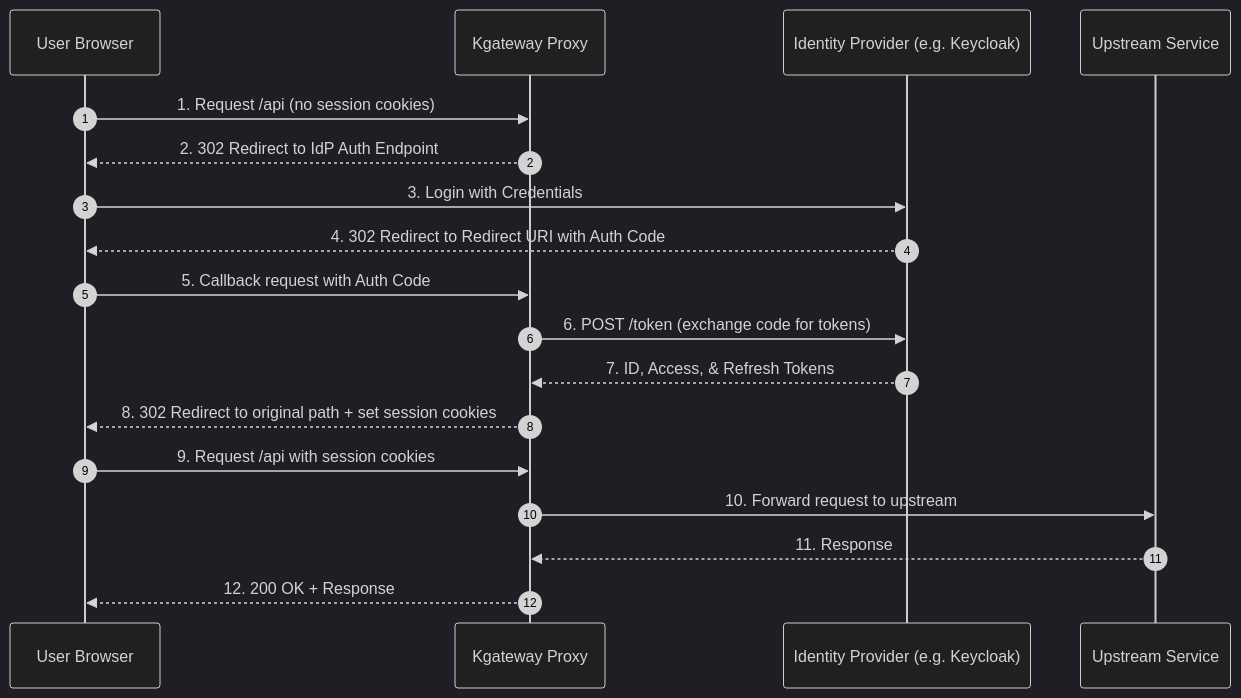
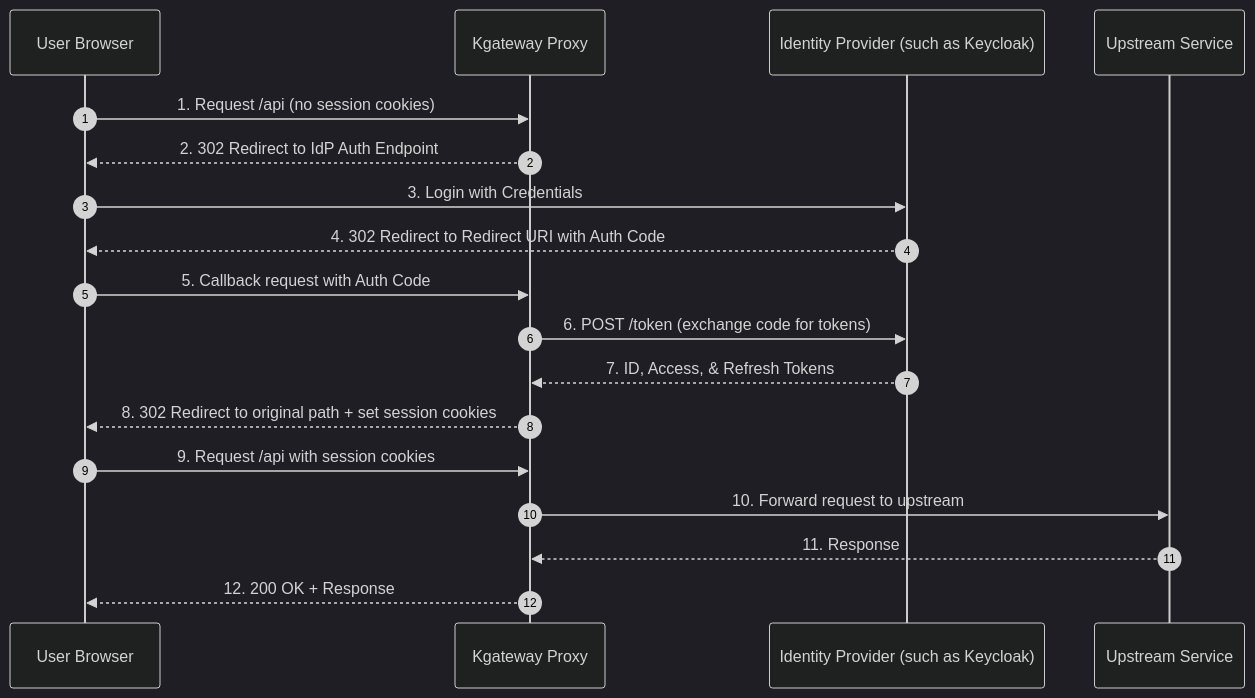
The diagram in assets/docs/pages/security/oauth2-auth.md (kgateway-dev/kgateway.dev), drawn with Mermaid (dark theme) before and after one commit. The commit also changed other lines of this file, not shown here.

Commit message:
docs: address review feedback on OAuth2/OIDC guide

````diff
--- a/assets/docs/pages/security/oauth2-auth.md
+++ b/assets/docs/pages/security/oauth2-auth.md
@@ -14,21 +14,21 @@
 ```mermaid
 sequenceDiagram
     autonumber
     participant Client as User Browser
-    participant AGW as Kgateway Proxy
-    participant IdP as Identity Provider (e.g. Keycloak)
+    participant Gateway as Kgateway Proxy
+    participant IdP as Identity Provider (such as Keycloak)
     participant Backend as Upstream Service
 
-    Client->>AGW: 1. Request /api (no session cookies)
-    AGW-->>Client: 2. 302 Redirect to IdP Auth Endpoint
+    Client->>Gateway: 1. Request /api (no session cookies)
+    Gateway-->>Client: 2. 302 Redirect to IdP Auth Endpoint
     Client->>IdP: 3. Login with Credentials
     IdP-->>Client: 4. 302 Redirect to Redirect URI with Auth Code
-    Client->>AGW: 5. Callback request with Auth Code
-    AGW->>IdP: 6. POST /token (exchange code for tokens)
-    IdP-->>AGW: 7. ID, Access, & Refresh Tokens
-    AGW-->>Client: 8. 302 Redirect to original path + set session cookies
-    Client->>AGW: 9. Request /api with session cookies
-    AGW->>Backend: 10. Forward request to upstream
-    Backend-->>AGW: 11. Response
-    AGW-->>Client: 12. 200 OK + Response
+    Client->>Gateway: 5. Callback request with Auth Code
+    Gateway->>IdP: 6. POST /token (exchange code for tokens)
+    IdP-->>Gateway: 7. ID, Access, & Refresh Tokens
+    Gateway-->>Client: 8. 302 Redirect to original path + set session cookies
+    Client->>Gateway: 9. Request /api with session cookies
+    Gateway->>Backend: 10. Forward request to upstream
+    Backend-->>Gateway: 11. Response
+    Gateway-->>Client: 12. 200 OK + Response
 ```
````
